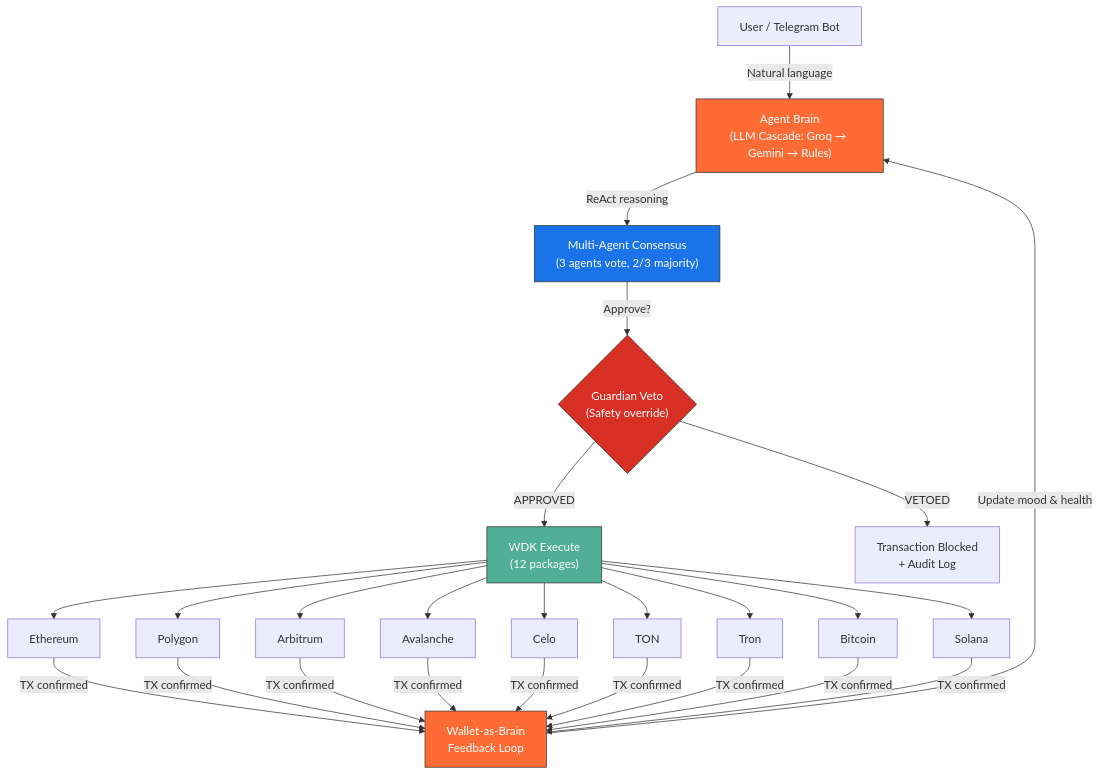
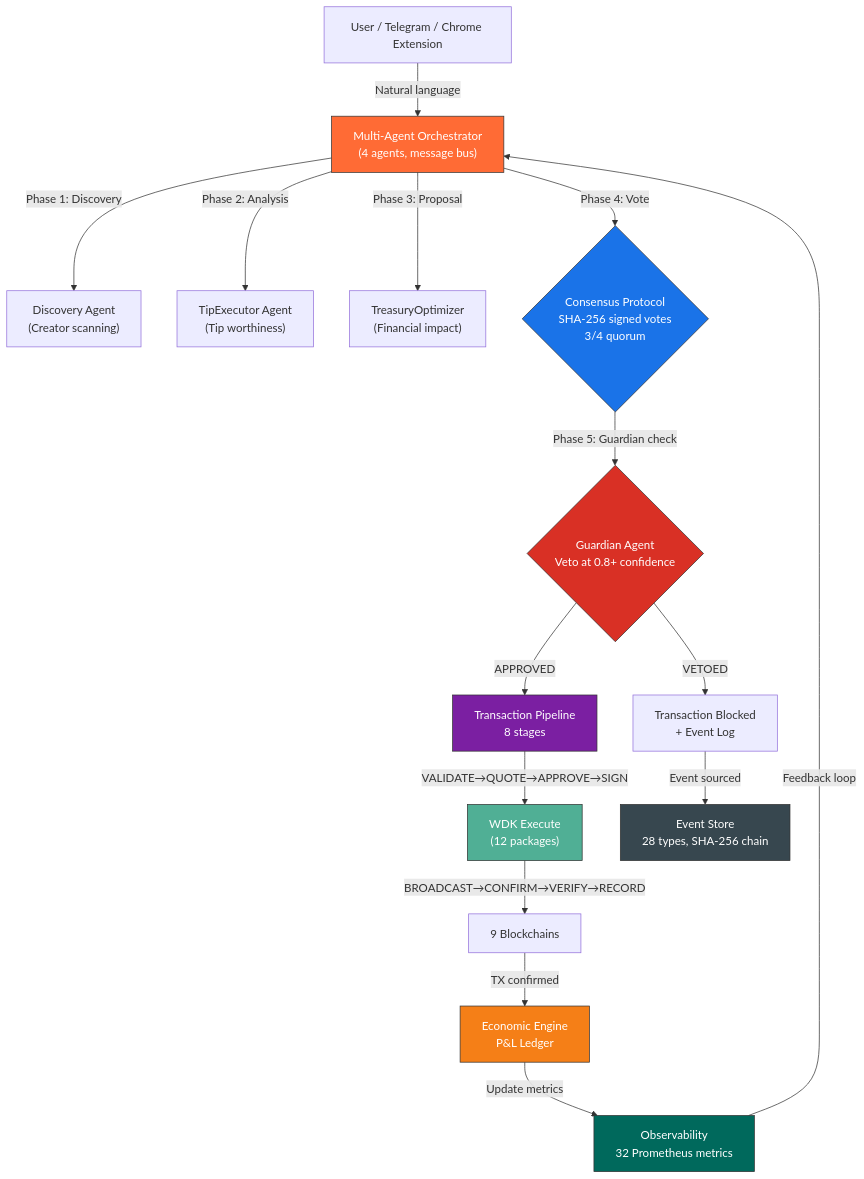
One commit to agdanish/aerofyta changed the first of 4 diagrams in README.md. Above: the diagram before and after it, drawn with Mermaid. The commit also changed other lines of this file, not shown here.

First line of the commit message:
docs: complete README rewrite reflecting full architecture depth

````diff
--- a/README.md
+++ b/README.md
@@ -98,25 +111,26 @@
 ```mermaid
 flowchart TD
-    U["User / Telegram Bot"] -->|"Natural language"| AB["Agent Brain\n(LLM Cascade: Groq → Gemini → Rules)"]
-    AB -->|"ReAct reasoning"| MAC["Multi-Agent Consensus\n(3 agents vote, 2/3 majority)"]
-    MAC -->|"Approve?"| GV{"Guardian Veto\n(Safety override)"}
-    GV -->|"APPROVED"| WDK["WDK Execute\n(12 packages)"]
-    GV -->|"VETOED"| HALT["Transaction Blocked\n+ Audit Log"]
-    WDK --> C1["Ethereum"]
-    WDK --> C2["Polygon"]
-    WDK --> C3["Arbitrum"]
-    WDK --> C4["Avalanche"]
-    WDK --> C5["Celo"]
-    WDK --> C6["TON"]
-    WDK --> C7["Tron"]
-    WDK --> C8["Bitcoin"]
-    WDK --> C9["Solana"]
-    C1 & C2 & C3 & C4 & C5 & C6 & C7 & C8 & C9 -->|"TX confirmed"| FB["Wallet-as-Brain\nFeedback Loop"]
-    FB -->|"Update mood & health"| AB
+    U["User / Telegram / Chrome Extension"] -->|"Natural language"| ORCH["Multi-Agent Orchestrator\n(4 agents, message bus)"]
+    ORCH -->|"Phase 1: Discovery"| DA["Discovery Agent\n(Creator scanning)"]
+    ORCH -->|"Phase 2: Analysis"| TE["TipExecutor Agent\n(Tip worthiness)"]
+    ORCH -->|"Phase 3: Proposal"| TO["TreasuryOptimizer\n(Financial impact)"]
+    ORCH -->|"Phase 4: Vote"| CON{"Consensus Protocol\nSHA-256 signed votes\n3/4 quorum"}
+    CON -->|"Phase 5: Guardian check"| GV{"Guardian Agent\nVeto at 0.8+ confidence"}
+    GV -->|"APPROVED"| PIPE["Transaction Pipeline\n8 stages"]
+    GV -->|"VETOED"| HALT["Transaction Blocked\n+ Event Log"]
+    PIPE -->|"VALIDATE→QUOTE→APPROVE→SIGN"| WDK["WDK Execute\n(12 packages)"]
+    WDK -->|"BROADCAST→CONFIRM→VERIFY→RECORD"| CHAINS["9 Blockchains"]
+    CHAINS -->|"TX confirmed"| ECON["Economic Engine\nP&L Ledger"]
+    ECON -->|"Update metrics"| OBS["Observability\n32 Prometheus metrics"]
+    OBS -->|"Feedback loop"| ORCH
+    HALT -->|"Event sourced"| ES["Event Store\n28 types, SHA-256 chain"]
 
-    style AB fill:#FF6B35,stroke:#333,color:#fff
-    style MAC fill:#1a73e8,stroke:#333,color:#fff
+    style ORCH fill:#FF6B35,stroke:#333,color:#fff
+    style CON fill:#1a73e8,stroke:#333,color:#fff
     style GV fill:#d93025,stroke:#333,color:#fff
+    style PIPE fill:#7B1FA2,stroke:#333,color:#fff
     style WDK fill:#50AF95,stroke:#333,color:#fff
-    style FB fill:#FF6B35,stroke:#333,color:#fff
+    style ECON fill:#F57F17,stroke:#333,color:#fff
+    style OBS fill:#00695C,stroke:#333,color:#fff
+    style ES fill:#37474F,stroke:#333,color:#fff
 ```
````
